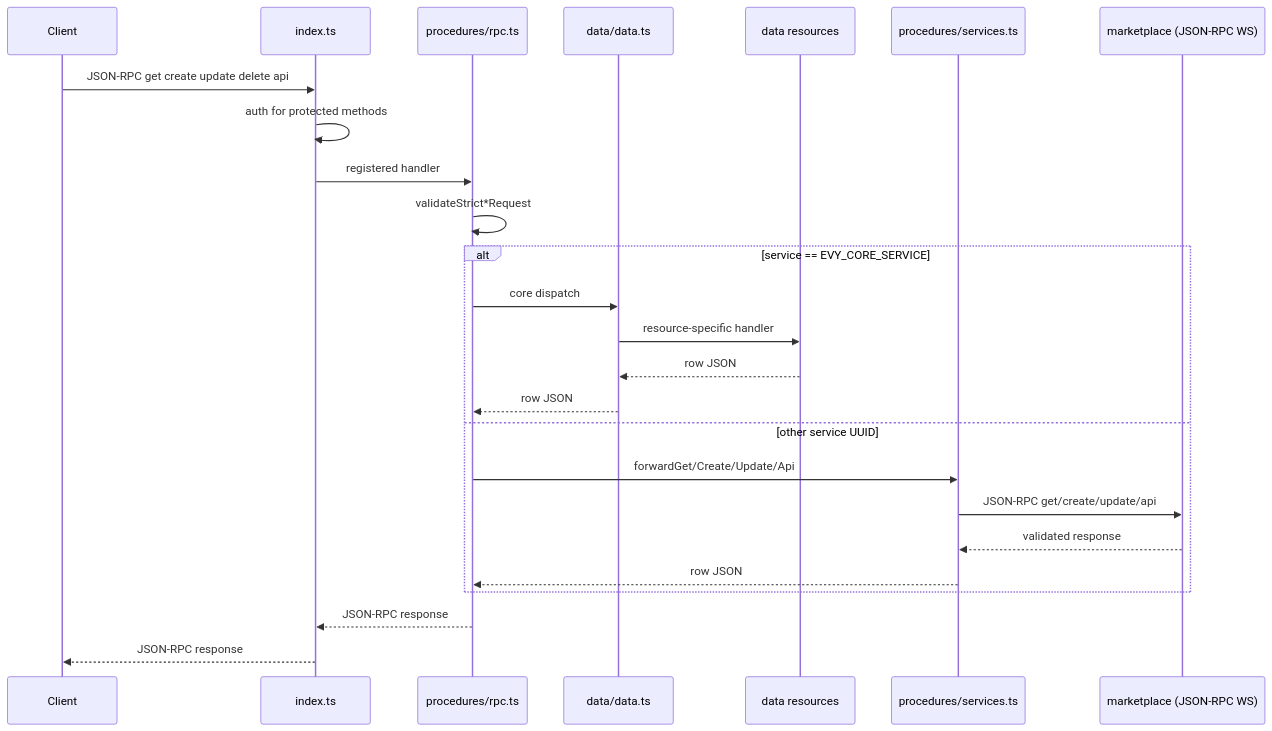
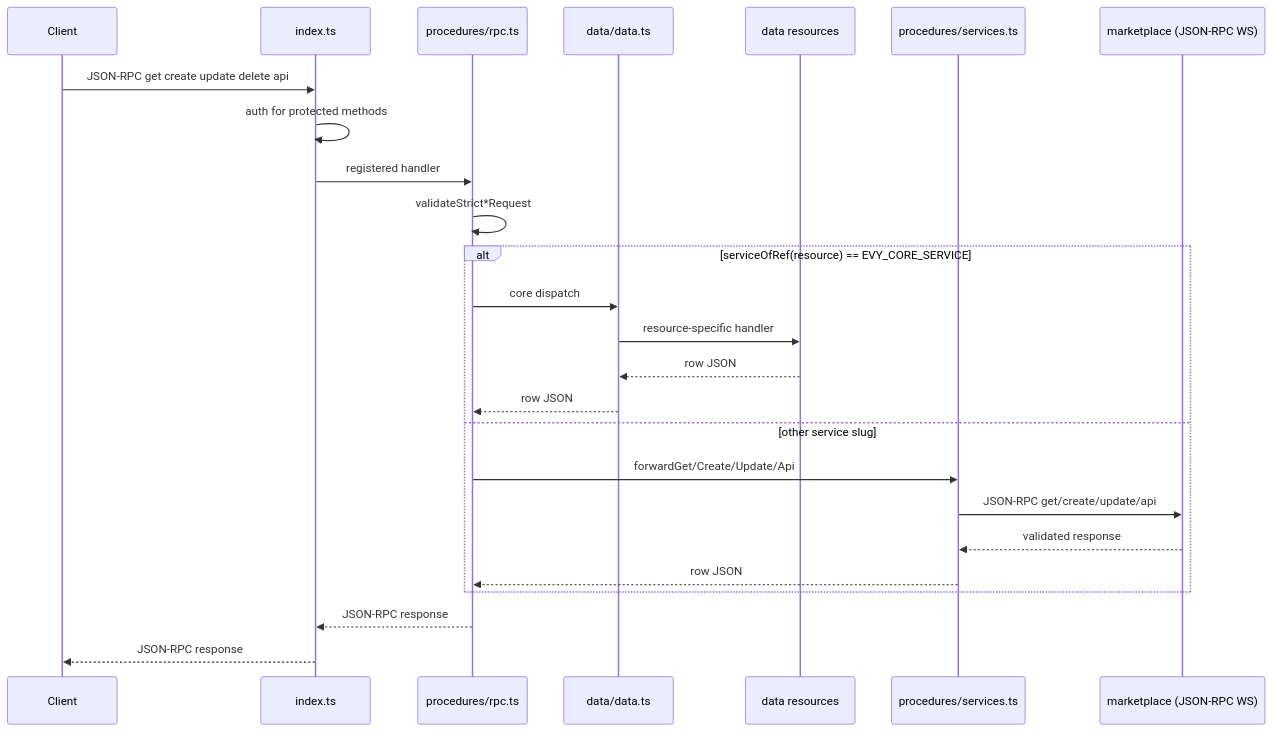
The first of 2 diagrams in api/README.md (EVY-Platform/evy), drawn with Mermaid before and after one commit. The commit also changed other lines of this file and 285 other files, not shown here.

````diff
--- a/api/README.md
+++ b/api/README.md
@@ -11,30 +11,30 @@
 ```mermaid
 sequenceDiagram
     participant Client
     participant index as index.ts
     participant rpc as procedures/rpc.ts
     participant data as data/data.ts
     participant resource as data resources
     participant services as procedures/services.ts
     participant marketplace as marketplace (JSON-RPC WS)
 
     Client->>index: JSON-RPC get create update delete api
     index->>index: auth for protected methods
     index->>rpc: registered handler
     rpc->>rpc: validateStrict*Request
 
-    alt service == EVY_CORE_SERVICE
+    alt serviceOfRef(resource) == EVY_CORE_SERVICE
         rpc->>data: core dispatch
         data->>resource: resource-specific handler
         resource-->>data: row JSON
         data-->>rpc: row JSON
-    else other service UUID
+    else other service slug
         rpc->>services: forwardGet/Create/Update/Api
         services->>marketplace: JSON-RPC get/create/update/api
         marketplace-->>services: validated response
         services-->>rpc: row JSON
     end
 
     rpc-->>index: JSON-RPC response
     index-->>Client: JSON-RPC response
 ```
````
